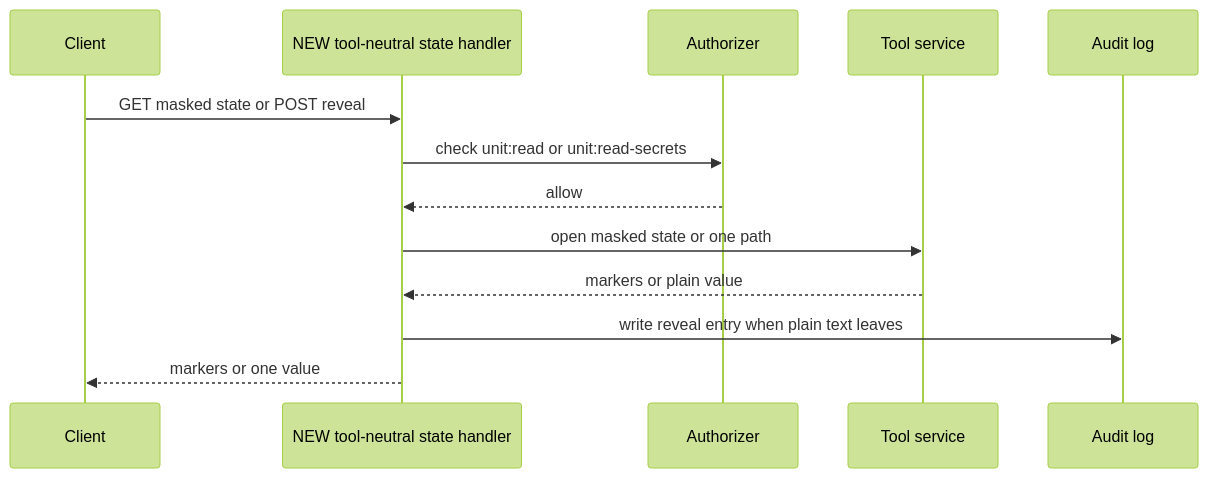
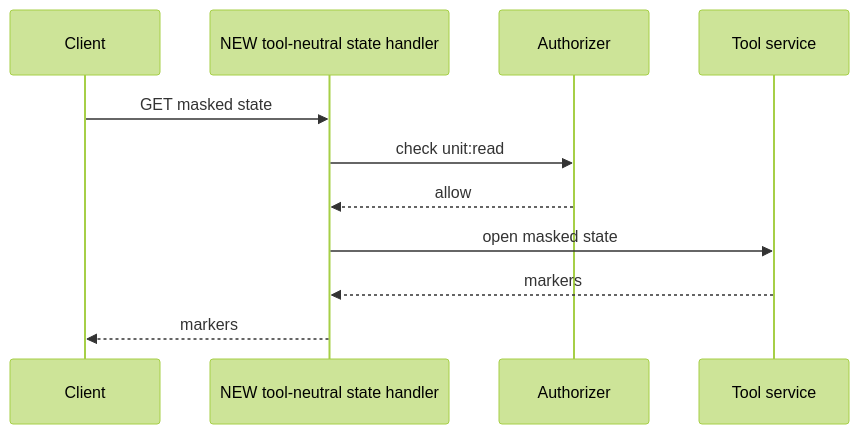
One commit to OpenDustpan/OpenDustpan changed the first of 2 diagrams in openspec/changes/39-reading-state-contents/design.md. Above: the diagram before and after it, drawn with Mermaid (forest theme). The commit also changed other lines of this file and 8 other files, not shown here.

Commit message:
Split change 39: masked read stays, single-path reveal becomes 39-reveal-state-value

````diff
--- a/openspec/changes/39-reading-state-contents/design.md
+++ b/openspec/changes/39-reading-state-contents/design.md
@@ -33,15 +32,13 @@
 ```mermaid
 sequenceDiagram
 participant C as Client
 participant H as NEW tool-neutral state handler
 participant Z as Authorizer
 participant S as Tool service
-participant A as Audit log
-C->>H: GET masked state or POST reveal
-H->>Z: check unit:read or unit:read-secrets
+C->>H: GET masked state
+H->>Z: check unit:read
 Z-->>H: allow
-H->>S: open masked state or one path
-S-->>H: markers or plain value
-H->>A: write reveal entry when plain text leaves
-H-->>C: markers or one value
+H->>S: open masked state
+S-->>H: markers
+H-->>C: markers
 ```
````
